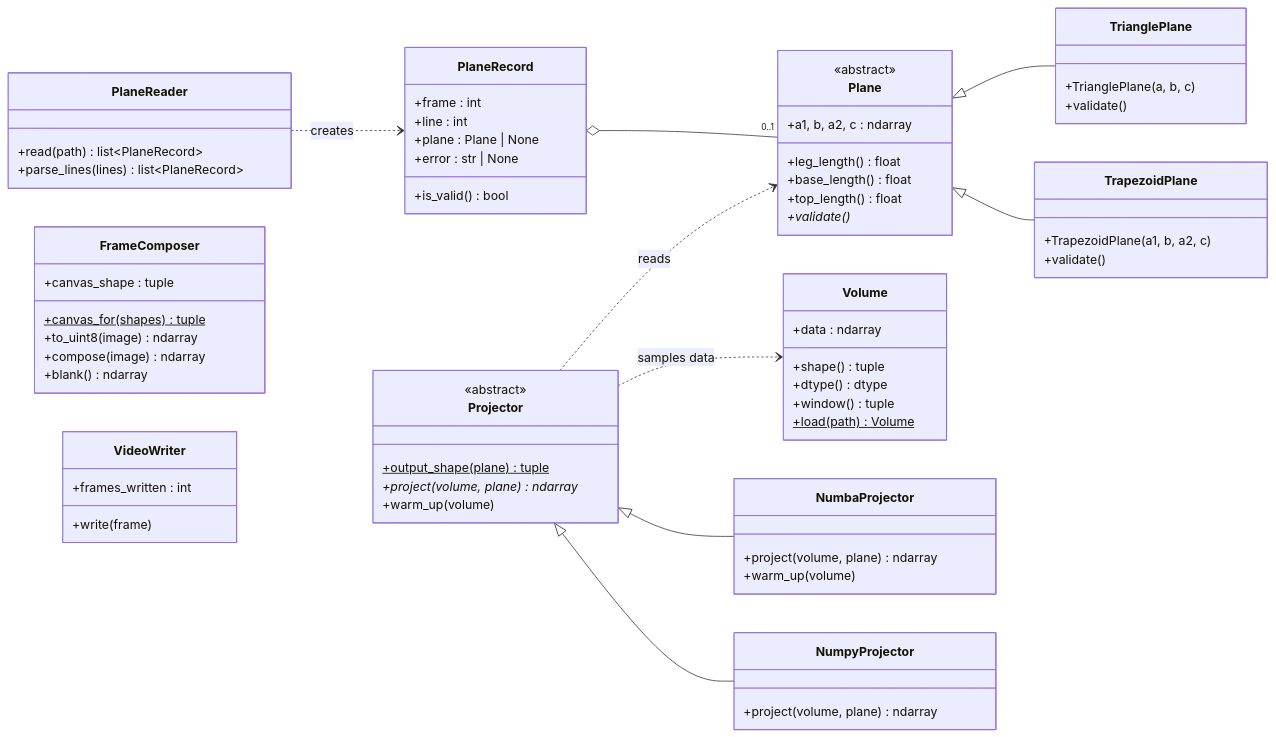
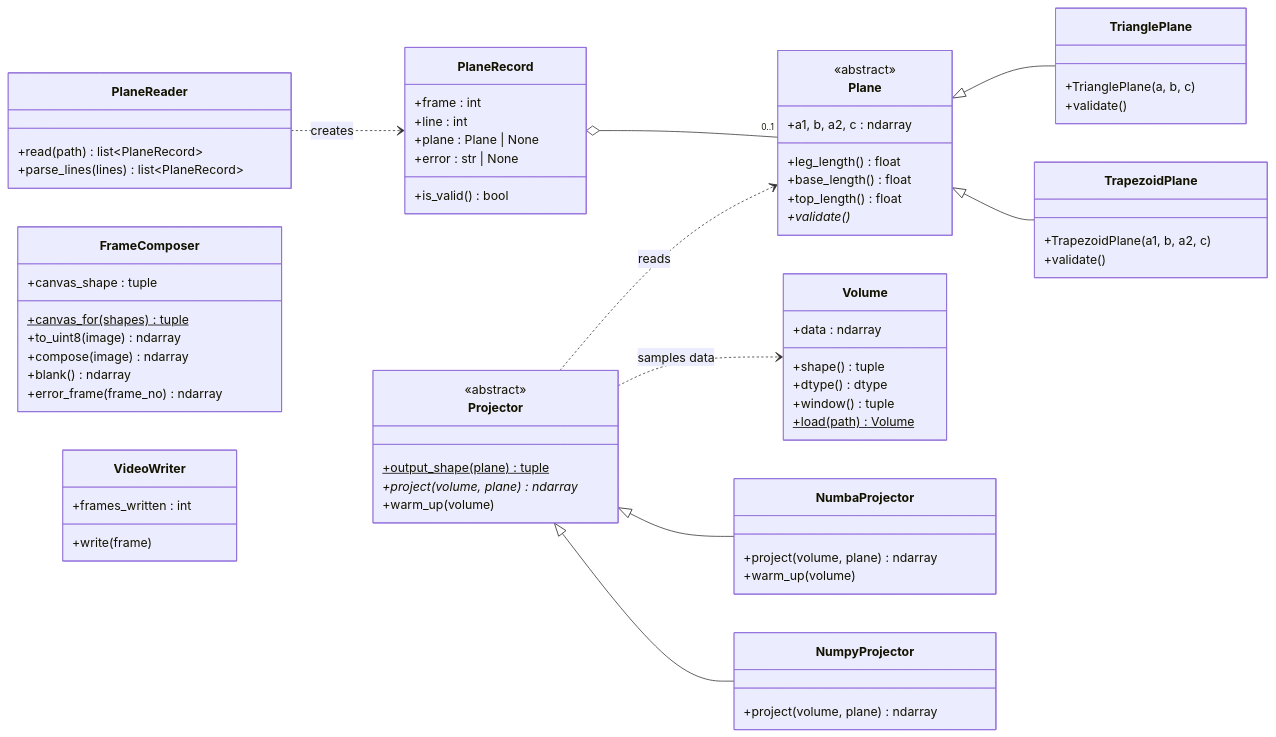
Before and after one commit to dniel1754-hub/Ex1-Algorithm: the third of 4 diagrams in SDD.md, drawn with Mermaid. The commit also changed other lines of this file and 10 other files, not shown here.

````diff
--- a/SDD.md
+++ b/SDD.md
@@ -69,70 +69,71 @@
 ```mermaid
 classDiagram
     direction LR
     class Plane {
         <<abstract>>
         +a1, b, a2, c : ndarray
         +leg_length() float
         +base_length() float
         +top_length() float
         +validate()*
     }
     class TrianglePlane {
         +TrianglePlane(a, b, c)
         +validate()
     }
     class TrapezoidPlane {
         +TrapezoidPlane(a1, b, a2, c)
         +validate()
     }
     class PlaneRecord {
         +frame : int
         +line : int
         +plane : Plane | None
         +error : str | None
         +is_valid() bool
     }
     class PlaneReader {
         +read(path) list~PlaneRecord~
         +parse_lines(lines) list~PlaneRecord~
     }
     class Volume {
         +data : ndarray
         +shape() tuple
         +dtype() dtype
         +window() tuple
         +load(path)$ Volume
     }
     class Projector {
         <<abstract>>
         +output_shape(plane)$ tuple
         +project(volume, plane)* ndarray
         +warm_up(volume)
     }
     class NumbaProjector {
         +project(volume, plane) ndarray
         +warm_up(volume)
     }
     class NumpyProjector {
         +project(volume, plane) ndarray
     }
     class FrameComposer {
         +canvas_shape : tuple
         +canvas_for(shapes)$ tuple
         +to_uint8(image) ndarray
         +compose(image) ndarray
         +blank() ndarray
+        +error_frame(frame_no) ndarray
     }
     class VideoWriter {
         +frames_written : int
         +write(frame)
     }
     Plane <|-- TrianglePlane
     Plane <|-- TrapezoidPlane
     Projector <|-- NumbaProjector
     Projector <|-- NumpyProjector
     PlaneReader ..> PlaneRecord : creates
     PlaneRecord o-- "0..1" Plane
     Projector ..> Plane : reads
     Projector ..> Volume : samples data
 ```
````
